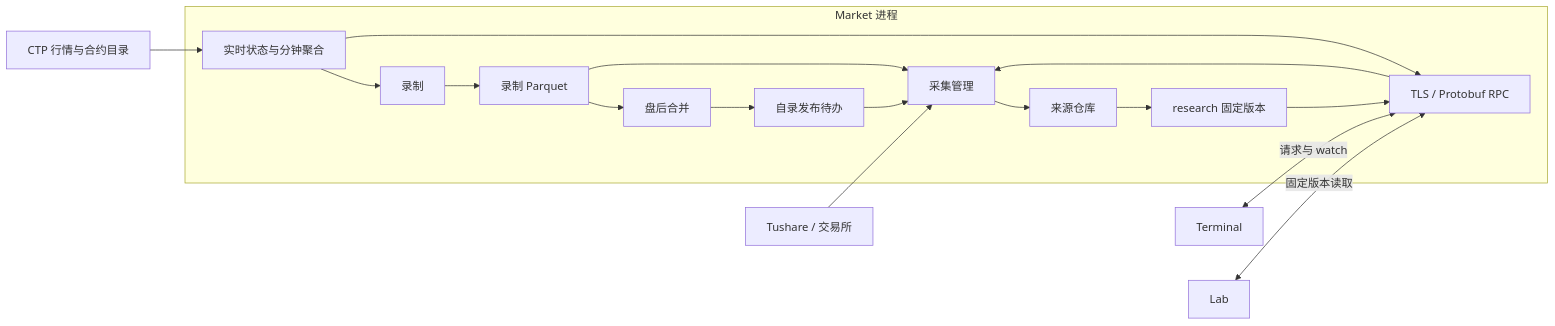
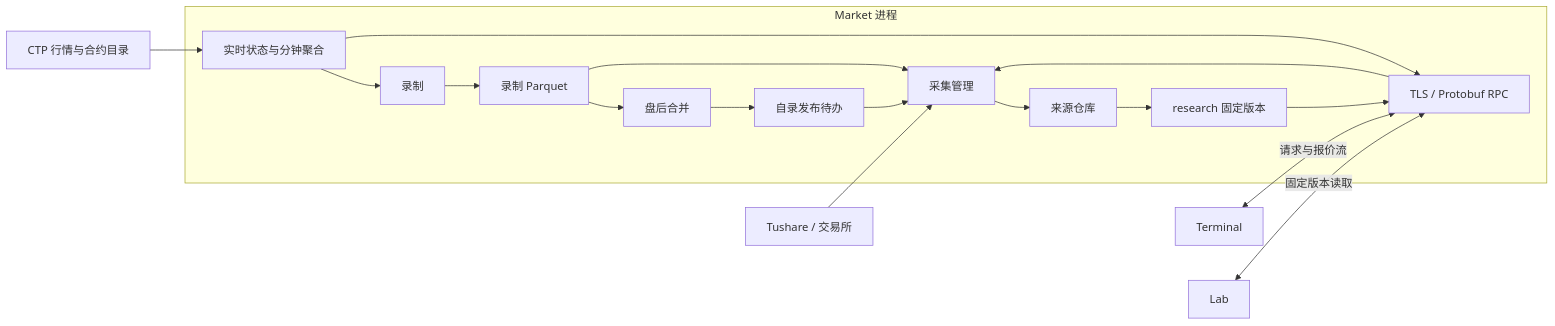
Before and after one commit to isqiwen/asterion-terminal: the first of 5 diagrams in docs/market-design.md, drawn with Mermaid. The commit also changed other lines of this file and 60 other files, not shown here.

````diff
--- a/docs/market-design.md
+++ b/docs/market-design.md
@@ -9,21 +9,21 @@
 ```mermaid
 flowchart LR
     CTP[CTP 行情与合约目录] --> Live[实时状态与分钟聚合]
     subgraph Market[Market 进程]
         RPC[TLS / Protobuf RPC]
         Live --> Record[录制]
         Record --> Archive[录制 Parquet]
         Archive --> Merge[盘后合并]
         Merge --> Publish[自录发布待办]
         Publish --> Acquire[采集管理]
         Archive --> Acquire
         Acquire --> Store[来源仓库]
         Store --> Research[research 固定版本]
         Live --> RPC
         Research --> RPC
         RPC --> Acquire
     end
     Provider[Tushare / 交易所] --> Acquire
-    Terminal[Terminal] <-->|请求与 watch| RPC
+    Terminal[Terminal] <-->|请求与报价流| RPC
     Lab[Lab] <-->|固定版本读取| RPC
 ```
````
